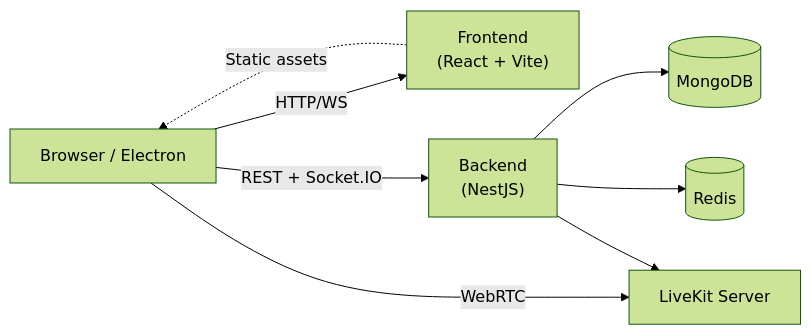
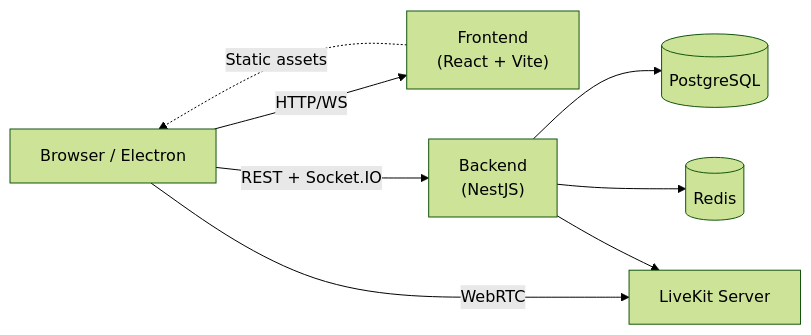
The diagram in docs-site/docs/architecture/overview.md (krakenchat/kraken), drawn with Mermaid (forest theme) before and after one commit. The commit also changed other lines of this file and 109 other files, not shown here.

First line of the commit message:
feat: migrate from MongoDB to PostgreSQL (#267)

````diff
--- a/docs-site/docs/architecture/overview.md
+++ b/docs-site/docs/architecture/overview.md
@@ -7,17 +7,17 @@
 ```mermaid
 graph LR
     Browser["Browser / Electron"]
     Frontend["Frontend<br/>(React + Vite)"]
     Backend["Backend<br/>(NestJS)"]
-    MongoDB[(MongoDB)]
+    PostgreSQL[(PostgreSQL)]
     Redis[(Redis)]
     LiveKit["LiveKit Server"]
 
     Browser -->|HTTP/WS| Frontend
     Browser -->|REST + Socket.IO| Backend
     Browser -->|WebRTC| LiveKit
-    Backend --> MongoDB
+    Backend --> PostgreSQL
     Backend --> Redis
     Backend --> LiveKit
     Frontend -.->|Static assets| Browser
 ```
````
